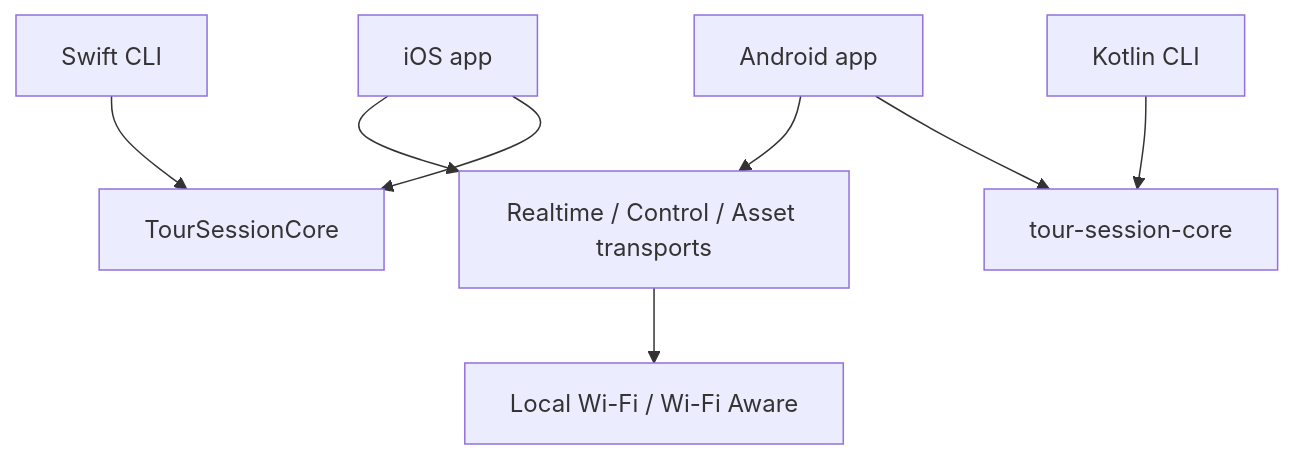
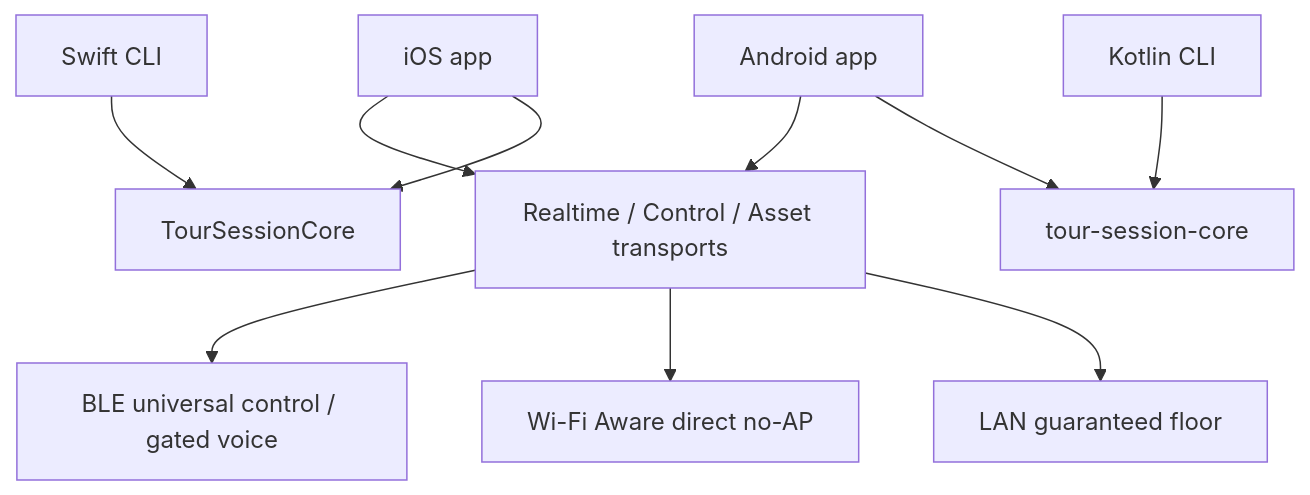
Before and after one commit to aessam/GetOverHere: the diagram in TourGuideProductSpec.md, drawn with Mermaid. The commit also changed other lines of this file and 6 other files, not shown here.

Commit message:
Docs: Reorder transport plan around LAN floor

````diff
--- a/TourGuideProductSpec.md
+++ b/TourGuideProductSpec.md
@@ -20,10 +20,12 @@
 ```mermaid
 graph TD
     SwiftCLI[Swift CLI] --> SwiftCore[TourSessionCore]
     iOSApp[iOS app] --> SwiftCore
     KotlinCLI[Kotlin CLI] --> KotlinCore[tour-session-core]
     AndroidApp[Android app] --> KotlinCore
     iOSApp --> SessionTransport[Realtime / Control / Asset transports]
     AndroidApp --> SessionTransport
-    SessionTransport --> LocalLink[Local Wi-Fi / Wi-Fi Aware]
+    SessionTransport --> LAN[LAN guaranteed floor]
+    SessionTransport --> Aware[Wi-Fi Aware direct no-AP]
+    SessionTransport --> BLE[BLE universal control / gated voice]
 ```
````
